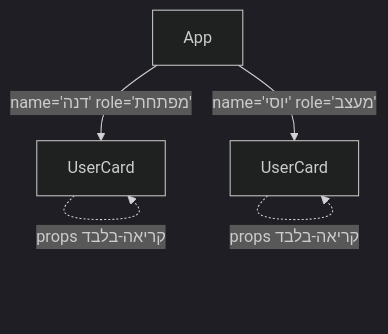
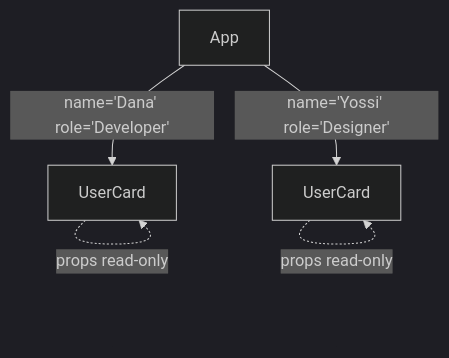
Before and after one commit to neriyaMalachi/FullStack_kodkode_5: the diagram in content/docs/react/90-react-components-content.md, drawn with Mermaid (dark theme). The commit also changed other lines of this file and 117 other files, not shown here.

````diff
--- a/content/docs/react/90-react-components-content.md
+++ b/content/docs/react/90-react-components-content.md
@@ -55,7 +55,7 @@
 ```mermaid
 flowchart TD
-    App["App"] -->|"name='דנה' role='מפתחת'"| Card1["UserCard"]
-    App -->|"name='יוסי' role='מעצב'"| Card2["UserCard"]
-    Card1 -.->|"props קריאה-בלבד"| Card1
-    Card2 -.->|"props קריאה-בלבד"| Card2
+    App["App"] -->|"name='Dana' role='Developer'"| Card1["UserCard"]
+    App -->|"name='Yossi' role='Designer'"| Card2["UserCard"]
+    Card1 -.->|"props read-only"| Card1
+    Card2 -.->|"props read-only"| Card2
 ```
````
